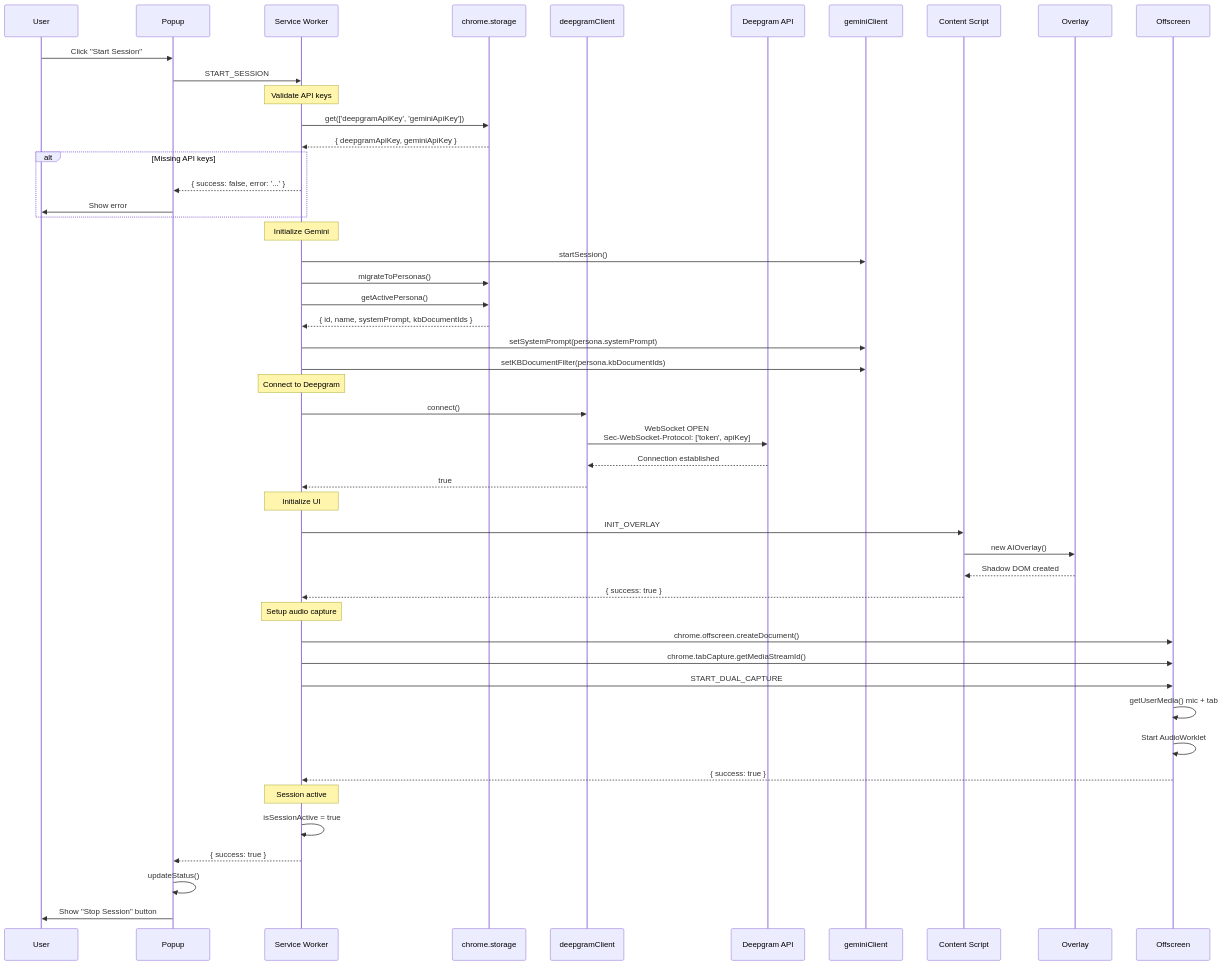
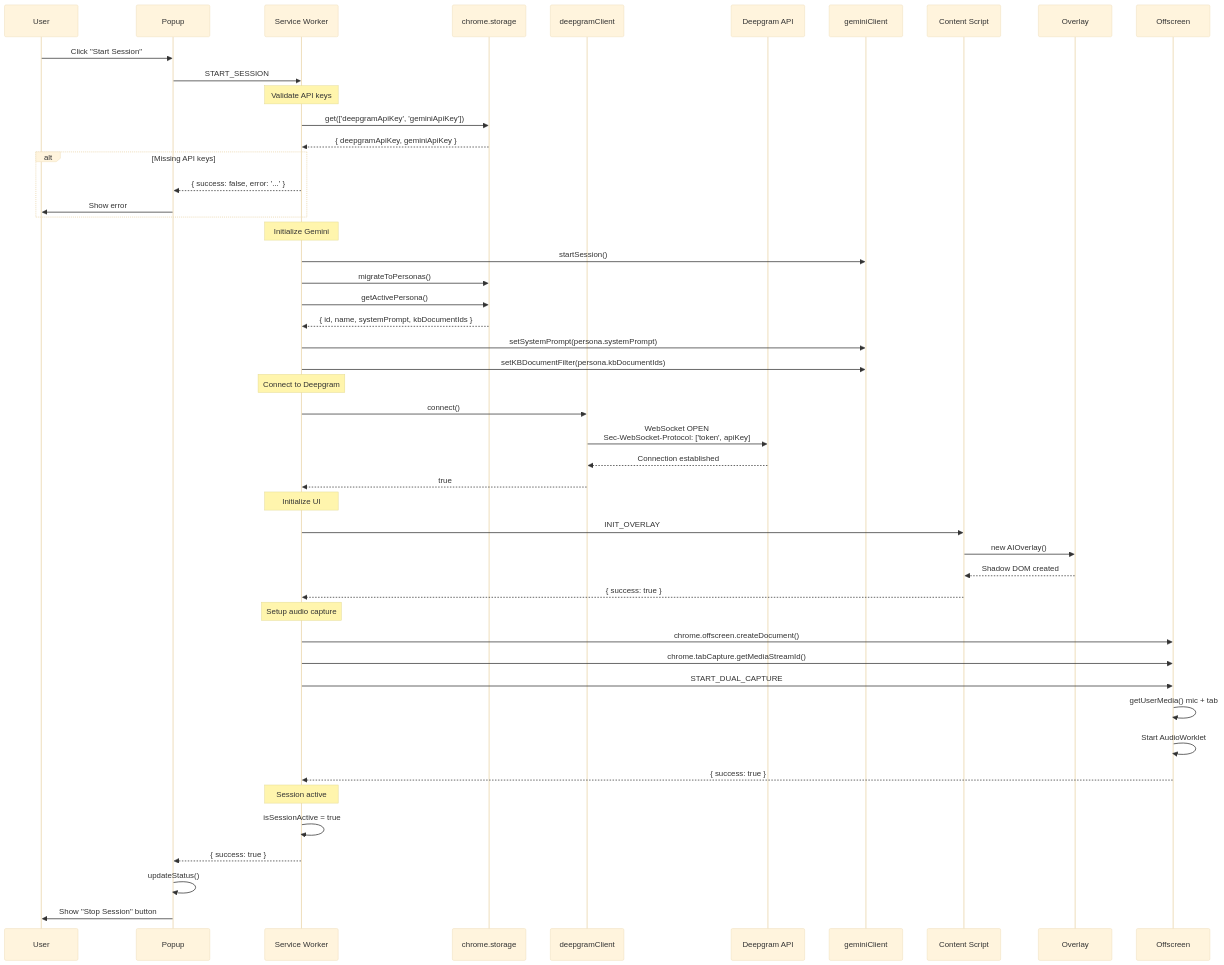
One commit to AntoineDubuc/wingman-ai changed the first of 7 diagrams in docs/diagrams/SEQUENCES.md. Above: the diagram before and after it, drawn with Mermaid. The commit also changed other lines of this file, not shown here.

First line of the commit message:
fix: Force light theme for sequence diagrams with base theme

````diff
--- a/docs/diagrams/SEQUENCES.md
+++ b/docs/diagrams/SEQUENCES.md
@@ -5,61 +5,62 @@
 ```mermaid
+%%{init: {'theme':'base'}}%%
 sequenceDiagram
     participant User
     participant Popup
     participant SW as Service Worker
     participant Storage as chrome.storage
     participant Deepgram as deepgramClient
     participant DeepgramAPI as Deepgram API
     participant Gemini as geminiClient
     participant Content as Content Script
     participant Overlay
     participant Offscreen
 
     User->>Popup: Click "Start Session"
     Popup->>SW: START_SESSION
 
     Note over SW: Validate API keys
     SW->>Storage: get(['deepgramApiKey', 'geminiApiKey'])
     Storage-->>SW: { deepgramApiKey, geminiApiKey }
 
     alt Missing API keys
         SW-->>Popup: { success: false, error: '...' }
         Popup->>User: Show error
     end
 
     Note over SW: Initialize Gemini
     SW->>Gemini: startSession()
     SW->>Storage: migrateToPersonas()
     SW->>Storage: getActivePersona()
     Storage-->>SW: { id, name, systemPrompt, kbDocumentIds }
     SW->>Gemini: setSystemPrompt(persona.systemPrompt)
     SW->>Gemini: setKBDocumentFilter(persona.kbDocumentIds)
 
     Note over SW: Connect to Deepgram
     SW->>Deepgram: connect()
     Deepgram->>DeepgramAPI: WebSocket OPEN<br/>Sec-WebSocket-Protocol: ['token', apiKey]
     DeepgramAPI-->>Deepgram: Connection established
     Deepgram-->>SW: true
 
     Note over SW: Initialize UI
     SW->>Content: INIT_OVERLAY
     Content->>Overlay: new AIOverlay()
     Overlay-->>Content: Shadow DOM created
     Content-->>SW: { success: true }
 
     Note over SW: Setup audio capture
     SW->>Offscreen: chrome.offscreen.createDocument()
     SW->>Offscreen: chrome.tabCapture.getMediaStreamId()
     SW->>Offscreen: START_DUAL_CAPTURE
 
     Offscreen->>Offscreen: getUserMedia() mic + tab
     Offscreen->>Offscreen: Start AudioWorklet
     Offscreen-->>SW: { success: true }
 
     Note over SW: Session active
     SW->>SW: isSessionActive = true
     SW-->>Popup: { success: true }
 
     Popup->>Popup: updateStatus()
     Popup->>User: Show "Stop Session" button
 ```
````
